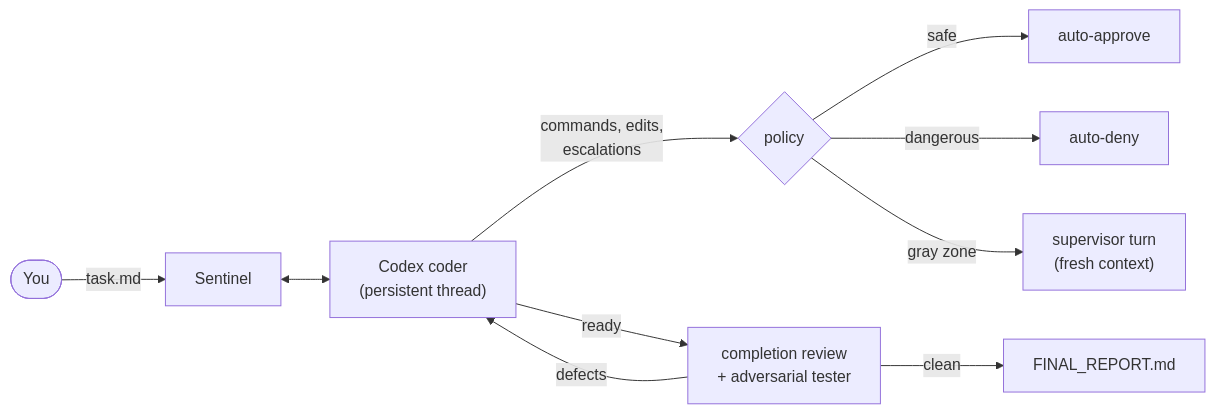
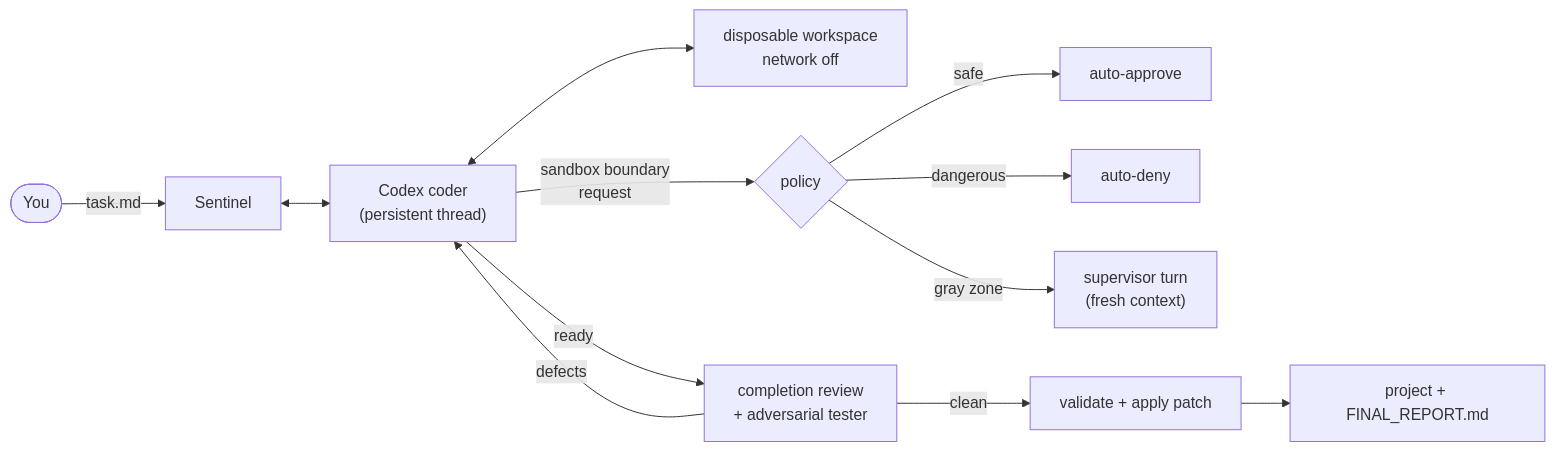
One commit to Makson179/Sentinel changed the diagram in README.md. Above: the diagram before and after it, drawn with Mermaid. The commit also changed other lines of this file and 27 other files, not shown here.

````diff
--- a/README.md
+++ b/README.md
@@ -113,12 +113,14 @@
 ```mermaid
 flowchart LR
     You(["You"]) -->|"task.md"| S["Sentinel"]
     S <--> C["Codex coder<br/>(persistent thread)"]
-    C -->|"commands, edits,<br/>escalations"| P{"policy"}
+    C <--> W["disposable workspace<br/>network off"]
+    C -->|"sandbox boundary<br/>request"| P{"policy"}
     P -->|"safe"| OK["auto-approve"]
     P -->|"dangerous"| NO["auto-deny"]
     P -->|"gray zone"| J["supervisor turn<br/>(fresh context)"]
     C -->|"ready"| G["completion review<br/>+ adversarial tester"]
     G -->|"defects"| C
-    G -->|"clean"| R["FINAL_REPORT.md"]
+    G -->|"clean"| A["validate + apply patch"]
+    A --> R["project + FINAL_REPORT.md"]
 ```
````
